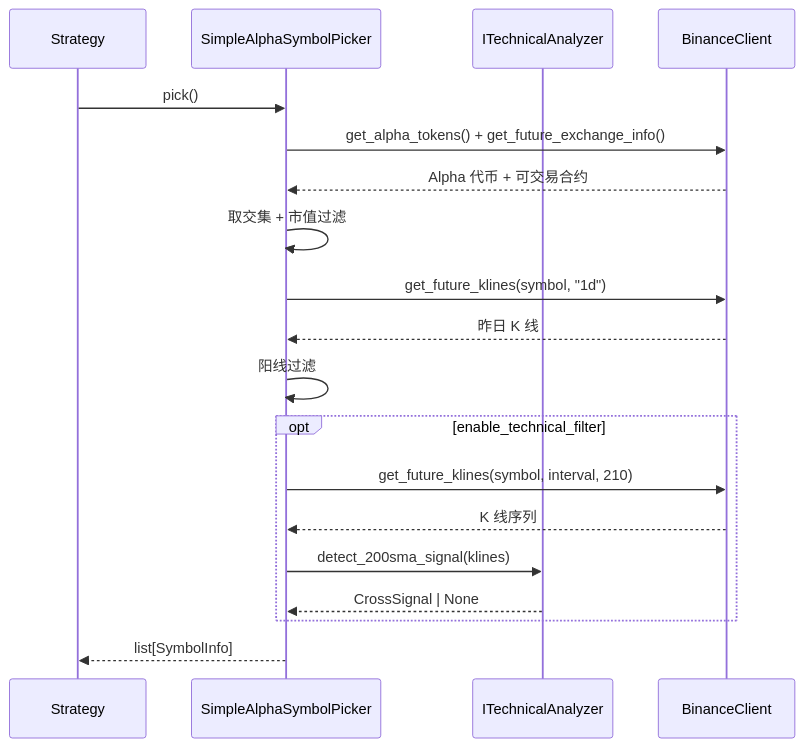
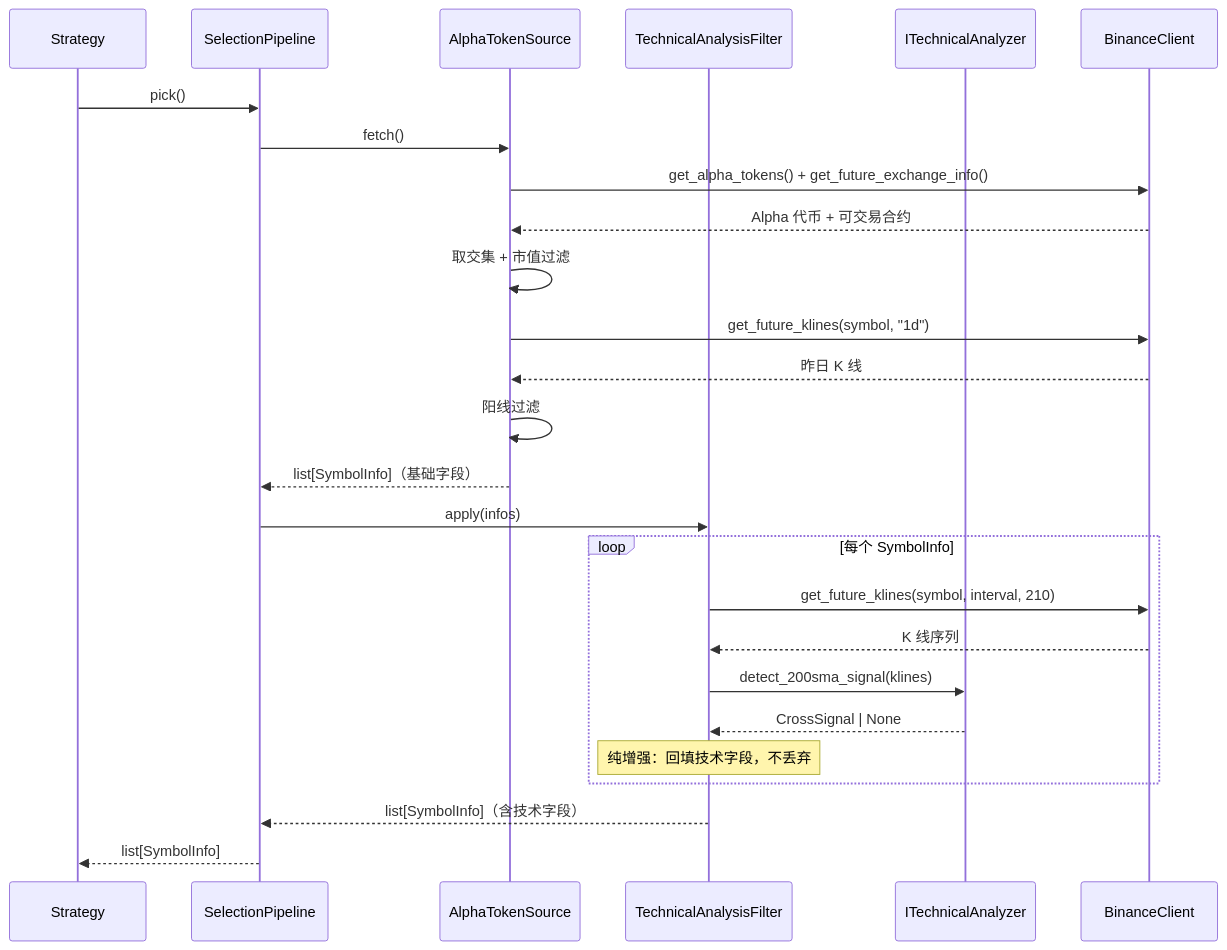
Before and after one commit to cqlwm/trading-service: the second of 5 diagrams in architecture_document/04-strategy-engine.md, drawn with Mermaid. The commit also changed other lines of this file and 16 other files, not shown here.

First line of the commit message:
refactor: 选币器与技术分析解耦为 source -> filter -> 策略管道模式

````diff
--- a/architecture_document/04-strategy-engine.md
+++ b/architecture_document/04-strategy-engine.md
@@ -155,22 +219,29 @@
 ```mermaid
 sequenceDiagram
     participant Strategy as Strategy
-    participant Picker as SimpleAlphaSymbolPicker
+    participant Pipeline as SelectionPipeline
+    participant Source as AlphaTokenSource
+    participant Filter as TechnicalAnalysisFilter
     participant Analyzer as ITechnicalAnalyzer
     participant Binance as BinanceClient
 
-    Strategy->>Picker: pick()
-    Picker->>Binance: get_alpha_tokens() + get_future_exchange_info()
-    Binance-->>Picker: Alpha 代币 + 可交易合约
-    Picker->>Picker: 取交集 + 市值过滤
-    Picker->>Binance: get_future_klines(symbol, "1d")
-    Binance-->>Picker: 昨日 K 线
-    Picker->>Picker: 阳线过滤
-    opt enable_technical_filter
-        Picker->>Binance: get_future_klines(symbol, interval, 210)
-        Binance-->>Picker: K 线序列
-        Picker->>Analyzer: detect_200sma_signal(klines)
-        Analyzer-->>Picker: CrossSignal | None
+    Strategy->>Pipeline: pick()
+    Pipeline->>Source: fetch()
+    Source->>Binance: get_alpha_tokens() + get_future_exchange_info()
+    Binance-->>Source: Alpha 代币 + 可交易合约
+    Source->>Source: 取交集 + 市值过滤
+    Source->>Binance: get_future_klines(symbol, "1d")
+    Binance-->>Source: 昨日 K 线
+    Source->>Source: 阳线过滤
+    Source-->>Pipeline: list[SymbolInfo]（基础字段）
+    Pipeline->>Filter: apply(infos)
+    loop 每个 SymbolInfo
+        Filter->>Binance: get_future_klines(symbol, interval, 210)
+        Binance-->>Filter: K 线序列
+        Filter->>Analyzer: detect_200sma_signal(klines)
+        Analyzer-->>Filter: CrossSignal | None
+        Note over Filter: 纯增强：回填技术字段，不丢弃
     end
-    Picker-->>Strategy: list[SymbolInfo]
+    Filter-->>Pipeline: list[SymbolInfo]（含技术字段）
+    Pipeline-->>Strategy: list[SymbolInfo]
 ```
````
